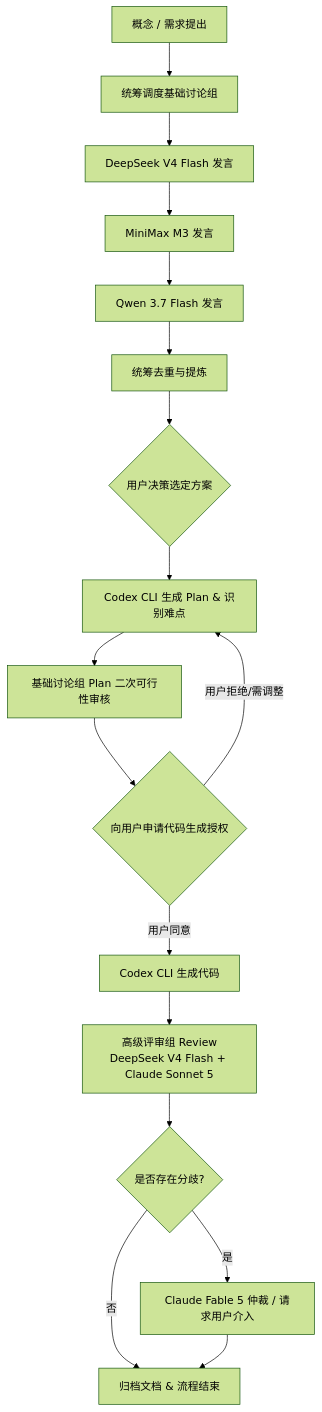
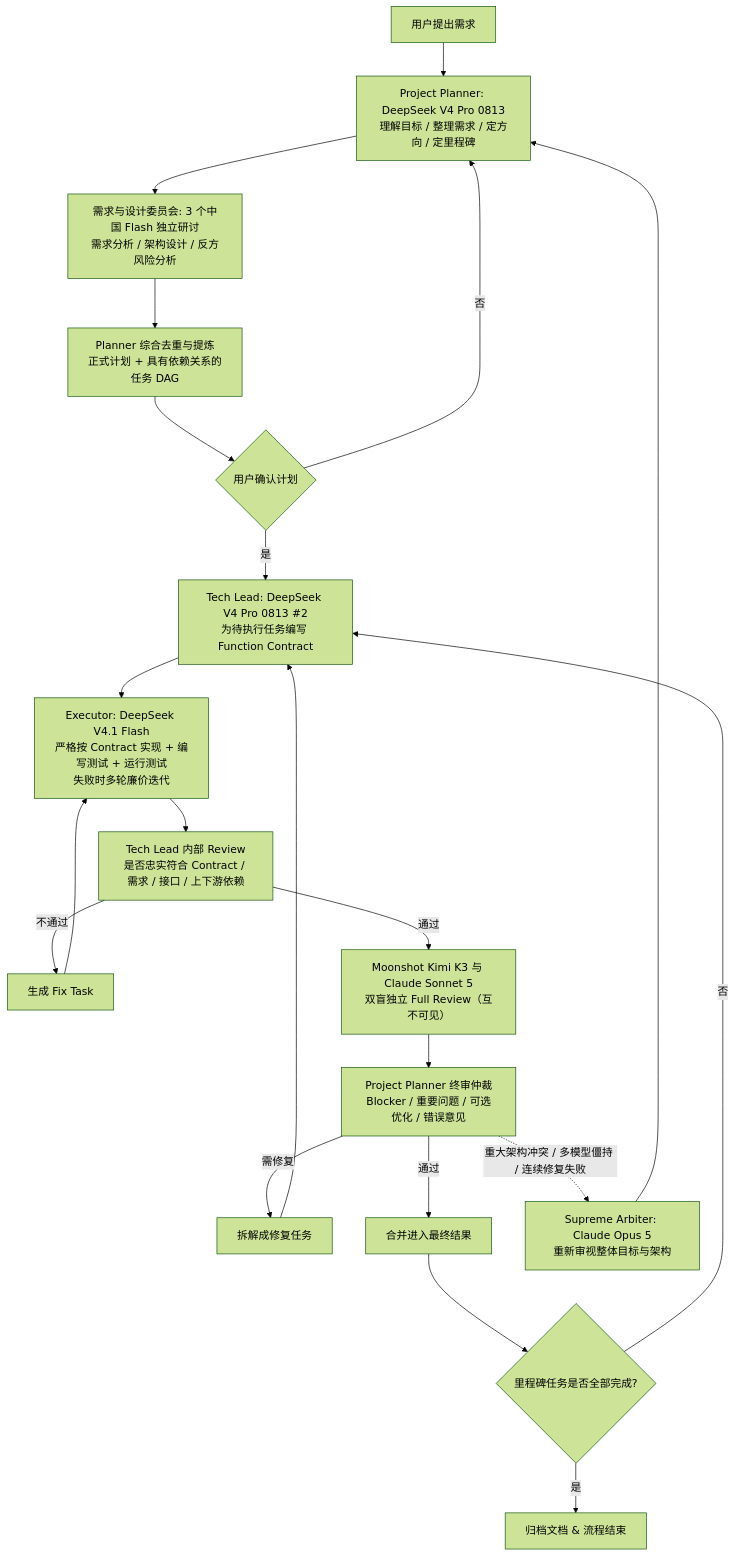
Before and after one commit to gaojianj96/ChanTong_JinChanchan: the diagram in README.md, drawn with Mermaid (forest theme). The commit also changed other lines of this file and 166 other files, not shown here.

````diff
--- a/README.md
+++ b/README.md
@@ -42,19 +51,20 @@
 ```mermaid
 flowchart TD
-    A[概念 / 需求提出] --> B[统筹调度基础讨论组]
-    B --> B1[DeepSeek V4 Flash 发言]
-    B1 --> B2[MiniMax M3 发言]
-    B2 --> B3[Qwen 3.7 Flash 发言]
-    B3 --> C[统筹去重与提炼]
-    C --> D{用户决策选定方案}
-    D --> E[Codex CLI 生成 Plan & 识别难点]
-    E --> F[基础讨论组 Plan 二次可行性审核]
-    F --> G{向用户申请代码生成授权}
-    G -- 用户同意 --> H[Codex CLI 生成代码]
-    G -- 用户拒绝/需调整 --> E
-    H --> I[高级评审组 Review<br>DeepSeek V4 Flash + Claude Sonnet 5]
-    I --> J{是否存在分歧?}
-    J -- 是 --> K[Claude Fable 5 仲裁 / 请求用户介入]
-    J -- 否 --> L[归档文档 & 流程结束]
-    K --> L
+    A[用户提出需求] --> B[Project Planner: DeepSeek V4 Pro 0813<br>理解目标 / 整理需求 / 定方向 / 定里程碑]
+    B --> C[需求与设计委员会: 3 个中国 Flash 独立研讨<br>需求分析 / 架构设计 / 反方风险分析]
+    C --> D[Planner 综合去重与提炼<br>正式计划 + 具有依赖关系的任务 DAG]
+    D --> E{用户确认计划}
+    E -- 否 --> B
+    E -- 是 --> F[Tech Lead: DeepSeek V4 Pro 0813 #2<br>为待执行任务编写 Function Contract]
+    F --> G[Executor: DeepSeek V4.1 Flash<br>严格按 Contract 实现 + 编写测试 + 运行测试<br>失败时多轮廉价迭代]
+    G --> H[Tech Lead 内部 Review<br>是否忠实符合 Contract / 需求 / 接口 / 上下游依赖]
+    H -- 不通过 --> I[生成 Fix Task] --> G
+    H -- 通过 --> J[Moonshot Kimi K3 与 Claude Sonnet 5<br>双盲独立 Full Review（互不可见）]
+    J --> K[Project Planner 终审仲裁<br>Blocker / 重要问题 / 可选优化 / 错误意见]
+    K -- 需修复 --> L[拆解成修复任务] --> F
+    K -- 通过 --> M[合并进入最终结果]
+    M --> N{里程碑任务是否全部完成?}
+    N -- 否 --> F
+    N -- 是 --> O[归档文档 & 流程结束]
+    K -. 重大架构冲突 / 多模型僵持 / 连续修复失败 .-> P[Supreme Arbiter: Claude Opus 5<br>重新审视整体目标与架构] --> B
 ```
````
